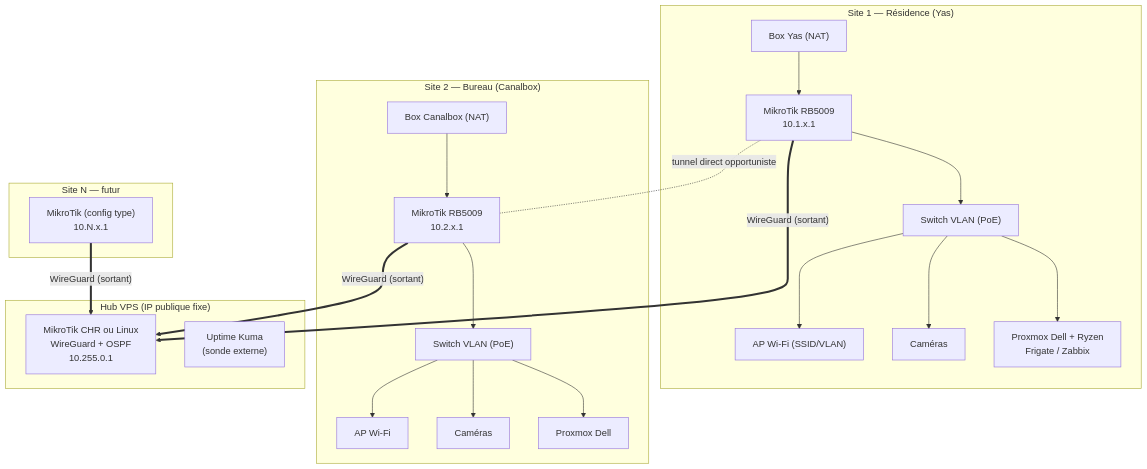
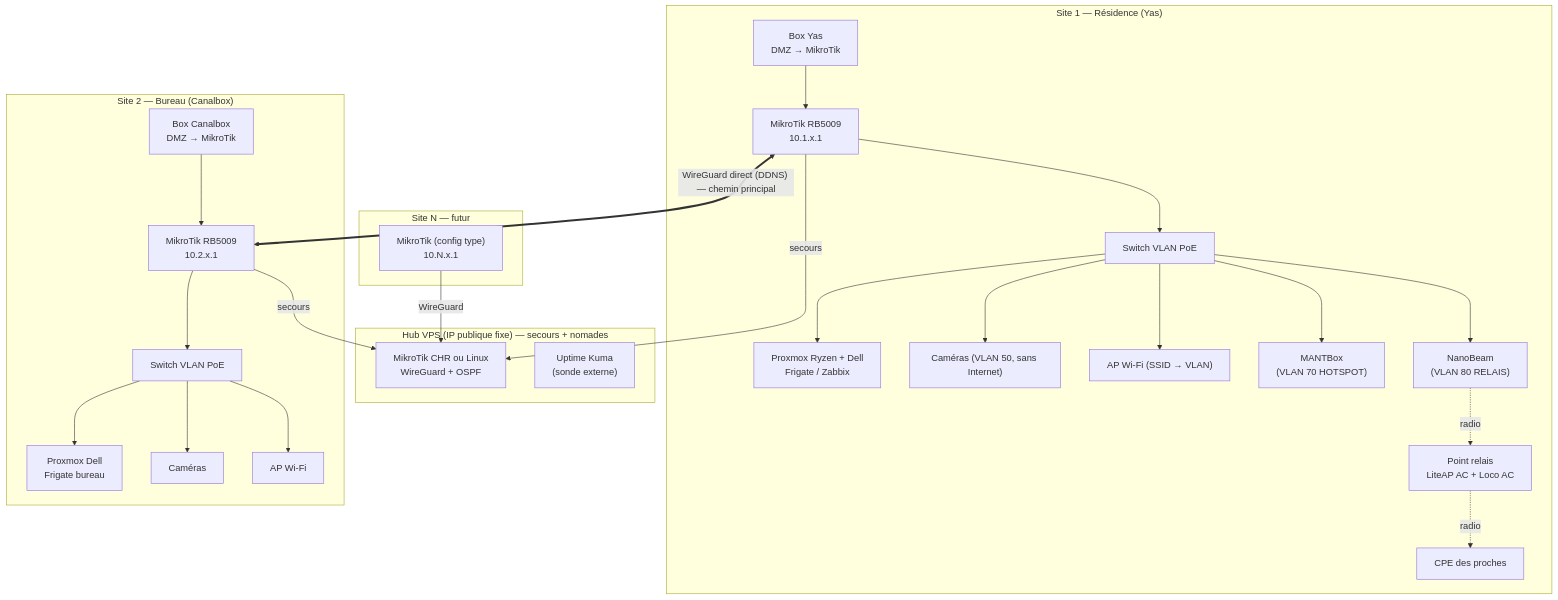
The diagram in docs/02-architecture.md (dlyrad/homenet), drawn with Mermaid before and after one commit. The commit also changed other lines of this file and 6 other files, not shown here.

First line of the commit message:
Intègre les réponses : tunnels directs, zones hotspot/relais, Frigate, stockage vidéo

````diff
--- a/docs/02-architecture.md
+++ b/docs/02-architecture.md
@@ -5,32 +5,36 @@
 ```mermaid
 flowchart TB
-    subgraph VPS["Hub VPS (IP publique fixe)"]
-        HUB["MikroTik CHR ou Linux<br/>WireGuard + OSPF<br/>10.255.0.1"]
+    subgraph VPS["Hub VPS (IP publique fixe) — secours + nomades"]
+        HUB["MikroTik CHR ou Linux<br/>WireGuard + OSPF"]
         KUMA["Uptime Kuma<br/>(sonde externe)"]
     end
 
     subgraph S1["Site 1 — Résidence (Yas)"]
-        BOX1["Box Yas (NAT)"] --> R1["MikroTik RB5009<br/>10.1.x.1"]
-        R1 --> SW1["Switch VLAN (PoE)"]
-        SW1 --> PVE1["Proxmox Dell + Ryzen<br/>Frigate / Zabbix"]
-        SW1 --> CAM1["Caméras"]
-        SW1 --> AP1["AP Wi-Fi (SSID/VLAN)"]
+        BOX1["Box Yas<br/>DMZ → MikroTik"] --> R1["MikroTik RB5009<br/>10.1.x.1"]
+        R1 --> SW1["Switch VLAN PoE"]
+        SW1 --> PVE1["Proxmox Ryzen + Dell<br/>Frigate / Zabbix"]
+        SW1 --> CAM1["Caméras (VLAN 50, sans Internet)"]
+        SW1 --> AP1["AP Wi-Fi (SSID → VLAN)"]
+        SW1 --> MANT["MANTBox<br/>(VLAN 70 HOTSPOT)"]
+        SW1 --> NB["NanoBeam<br/>(VLAN 80 RELAIS)"]
+        NB -. radio .-> RELAY["Point relais<br/>LiteAP AC + Loco AC"]
+        RELAY -. radio .-> PROCHES["CPE des proches"]
     end
 
     subgraph S2["Site 2 — Bureau (Canalbox)"]
-        BOX2["Box Canalbox (NAT)"] --> R2["MikroTik RB5009<br/>10.2.x.1"]
-        R2 --> SW2["Switch VLAN (PoE)"]
-        SW2 --> PVE2["Proxmox Dell"]
+        BOX2["Box Canalbox<br/>DMZ → MikroTik"] --> R2["MikroTik RB5009<br/>10.2.x.1"]
+        R2 --> SW2["Switch VLAN PoE"]
+        SW2 --> PVE2["Proxmox Dell<br/>Frigate bureau"]
         SW2 --> CAM2["Caméras"]
         SW2 --> AP2["AP Wi-Fi"]
     end
 
     subgraph SN["Site N — futur"]
         RN["MikroTik (config type)<br/>10.N.x.1"]
     end
 
-    R1 == "WireGuard (sortant)" ==> HUB
-    R2 == "WireGuard (sortant)" ==> HUB
-    RN == "WireGuard (sortant)" ==> HUB
-    R1 -. "tunnel direct opportuniste" .- R2
+    R1 <== "WireGuard direct (DDNS) — chemin principal" ==> R2
+    R1 -- "secours" --> HUB
+    R2 -- "secours" --> HUB
+    RN -- "WireGuard" --> HUB
 ```
````
